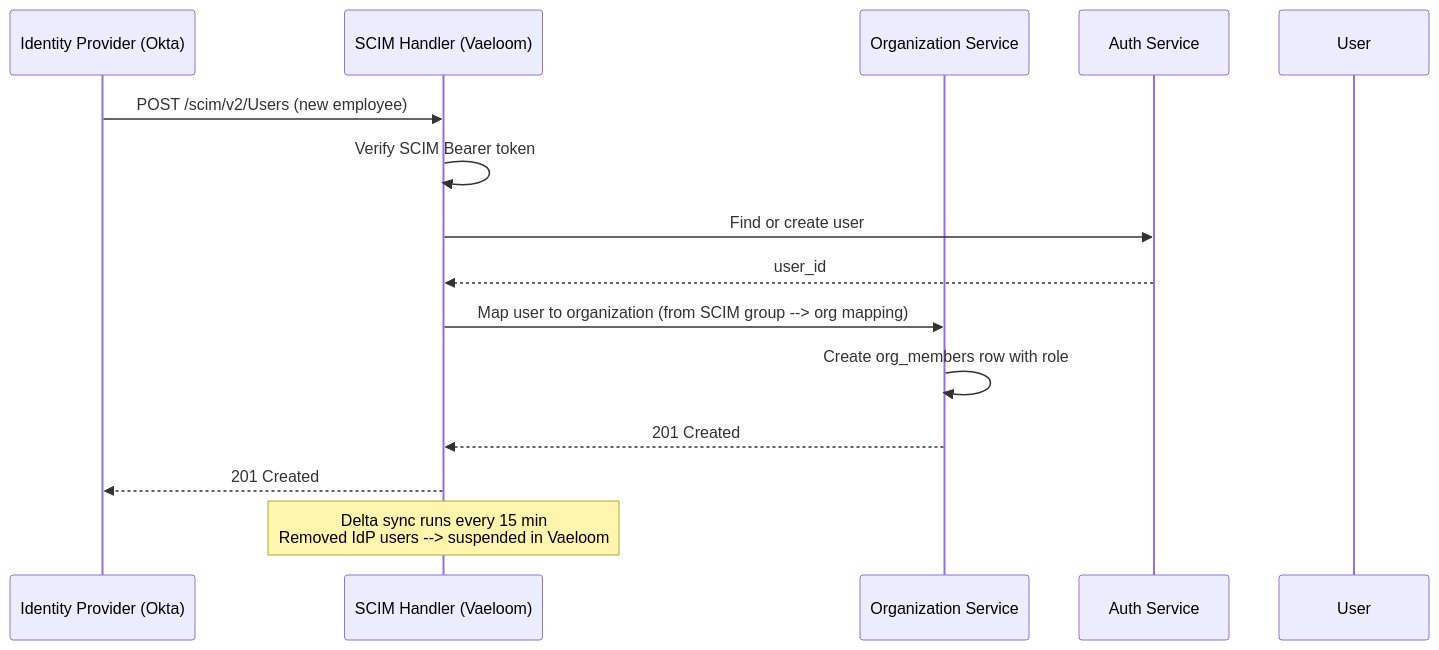
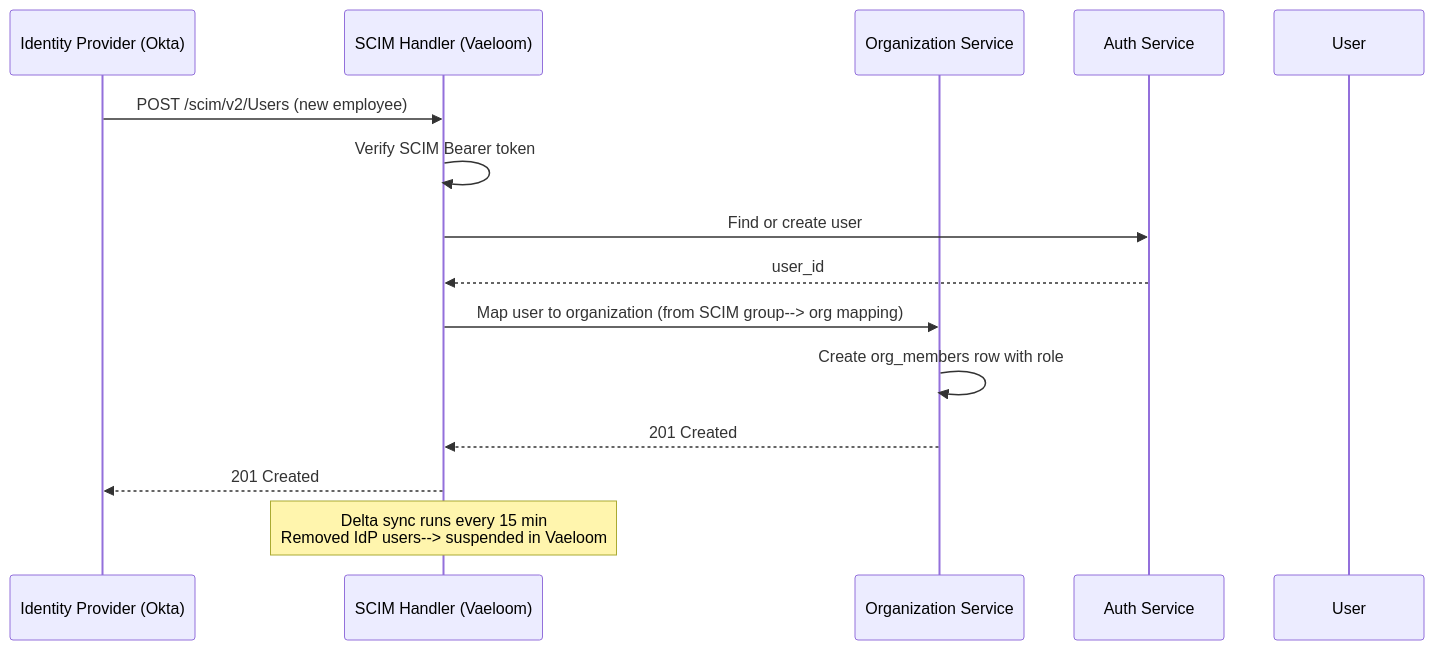
One commit to Driftloom/Vaeloom changed the third of 3 diagrams in docs/enterprise/Organizations.md. Above: the diagram before and after it, drawn with Mermaid. The commit also changed other lines of this file and 694 other files, not shown here.

First line of the commit message:
docs: mermaid standardization — encoding/mermaid/duplicate cleanup

````diff
--- a/docs/enterprise/Organizations.md
+++ b/docs/enterprise/Organizations.md
@@ -165,19 +165,19 @@
 ```mermaid
 sequenceDiagram
-    participant IDP as Identity Provider (Okta)
-    participant SCIM as SCIM Handler (Vaeloom)
-    participant ORG as Organization Service
-    participant AUTH as Auth Service
-    participant USER as User
+ participant IDP as Identity Provider (Okta)
+ participant SCIM as SCIM Handler (Vaeloom)
+ participant ORG as Organization Service
+ participant AUTH as Auth Service
+ participant USER as User
 
-    IDP->>SCIM: POST /scim/v2/Users (new employee)
-    SCIM->>SCIM: Verify SCIM Bearer token
-    SCIM->>AUTH: Find or create user
-    AUTH-->>SCIM: user_id
-    SCIM->>ORG: Map user to organization (from SCIM group --> org mapping)
-    ORG->>ORG: Create org_members row with role
-    ORG-->>SCIM: 201 Created
-    SCIM-->>IDP: 201 Created
+ IDP->>SCIM: POST /scim/v2/Users (new employee)
+ SCIM->>SCIM: Verify SCIM Bearer token
+ SCIM->>AUTH: Find or create user
+ AUTH-->>SCIM: user_id
+ SCIM->>ORG: Map user to organization (from SCIM group--> org mapping)
+ ORG->>ORG: Create org_members row with role
+ ORG-->>SCIM: 201 Created
+ SCIM-->>IDP: 201 Created
 
-    Note over SCIM: Delta sync runs every 15 min<br/>Removed IdP users --> suspended in Vaeloom
+ Note over SCIM: Delta sync runs every 15 min<br/>Removed IdP users--> suspended in Vaeloom
 ```
````
